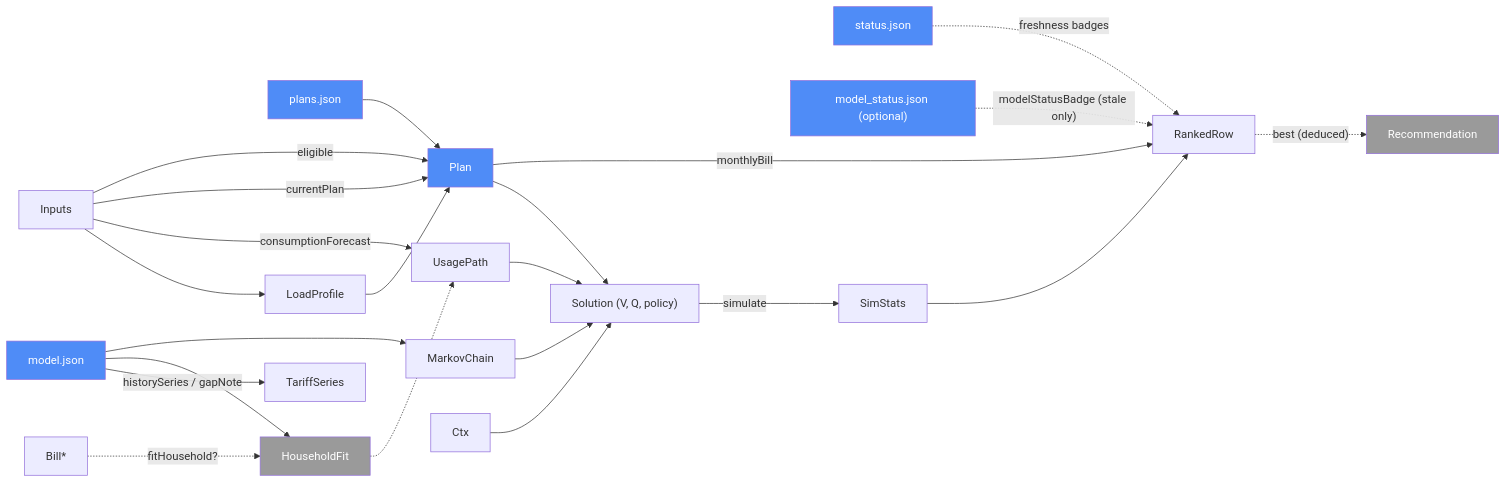
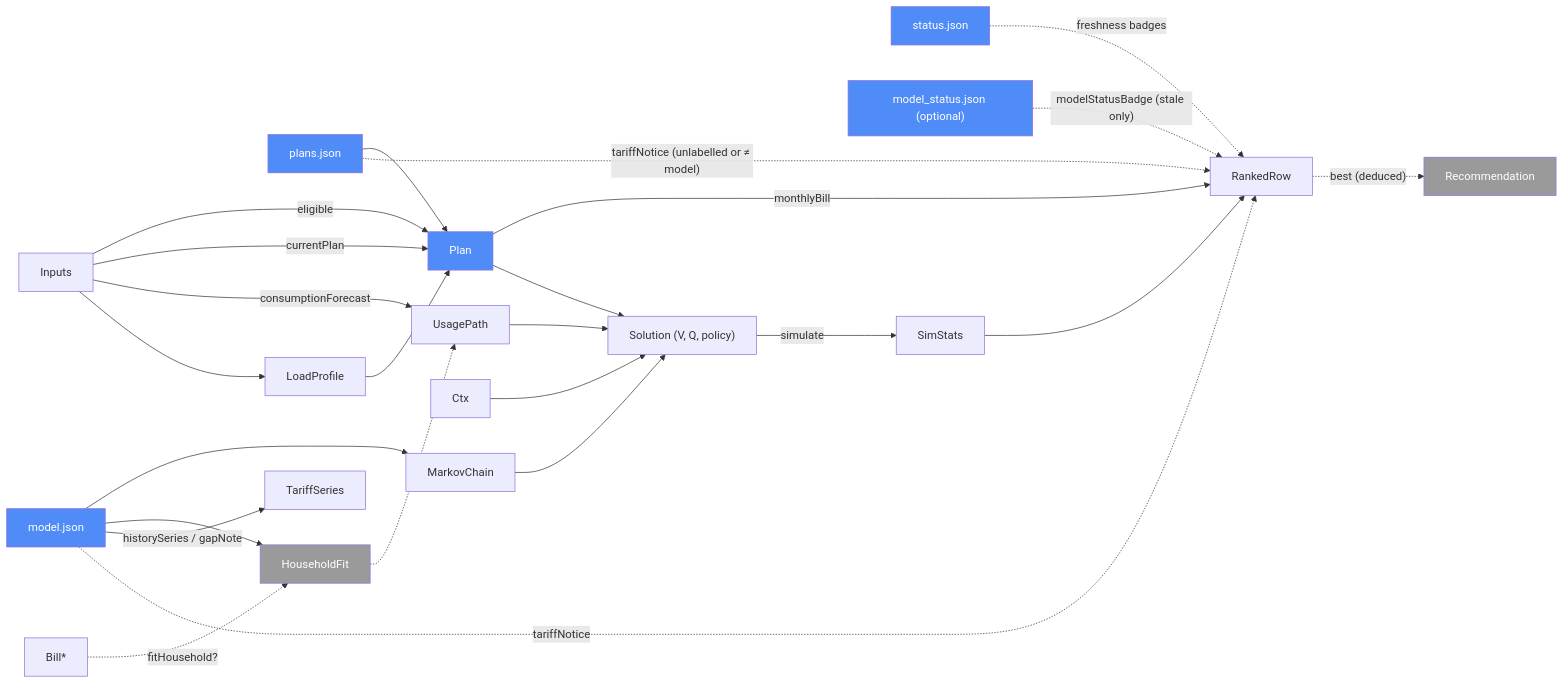
The diagram in docs/site/ARCHITECTURE.md (sescc/electricity-oemsg-picker), drawn with Mermaid before and after one commit. The commit also changed other lines of this file and 20 other files, not shown here.

````diff
--- a/docs/site/ARCHITECTURE.md
+++ b/docs/site/ARCHITECTURE.md
@@ -23,48 +23,50 @@
 ```mermaid
 graph LR
     PJ["plans.json"]
     SJ["status.json"]
     MJ["model.json"]
     MS["model_status.json (optional)"]
     Hist["TariffSeries"]
     Inp["Inputs"]
     Bills["Bill*"]
     HF["HouseholdFit"]
     Use["UsagePath"]
     Plan["Plan"]
     Prof["LoadProfile"]
     Chain["MarkovChain"]
     Ctx["Ctx"]
     Sol["Solution (V, Q, policy)"]
     Sim["SimStats"]
     Row["RankedRow"]
     Rec["Recommendation"]
     PJ --> Plan
     MJ --> Chain
     Inp -->|"eligible"| Plan
     Inp -->|"currentPlan"| Plan
     Bills -.->|"fitHousehold?"| HF
     MJ --> HF
     HF -.-> Use
     Inp -->|"consumptionForecast"| Use
     Inp --> Prof
     Plan -->|"monthlyBill"| Row
     Prof --> Plan
     Plan --> Sol
     Chain --> Sol
     Use --> Sol
     Ctx --> Sol
     Sol -->|"simulate"| Sim
     Sim --> Row
     Row -.->|"best (deduced)"| Rec
     SJ -.->|"freshness badges"| Row
     MS -.->|"modelStatusBadge (stale only)"| Row
     MJ -->|"historySeries / gapNote"| Hist
+    PJ -.->|"tariffNotice (unlabelled or ≠ model)"| Row
+    MJ -.->|"tariffNotice"| Row
     style Plan fill:#4f8cf7,color:#fff
     style PJ fill:#4f8cf7,color:#fff
     style MJ fill:#4f8cf7,color:#fff
     style SJ fill:#4f8cf7,color:#fff
     style MS fill:#4f8cf7,color:#fff
     style Rec fill:#9a9a9a,color:#fff
     style HF fill:#9a9a9a,color:#fff
 ```
````
